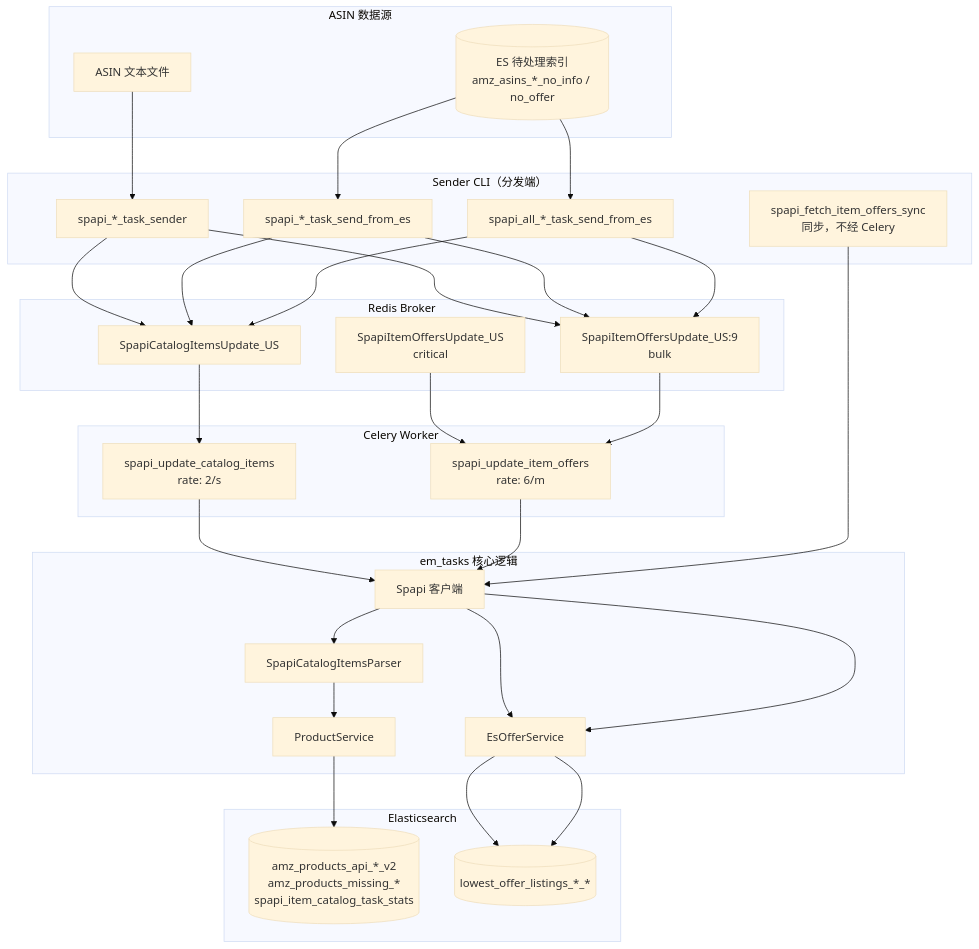
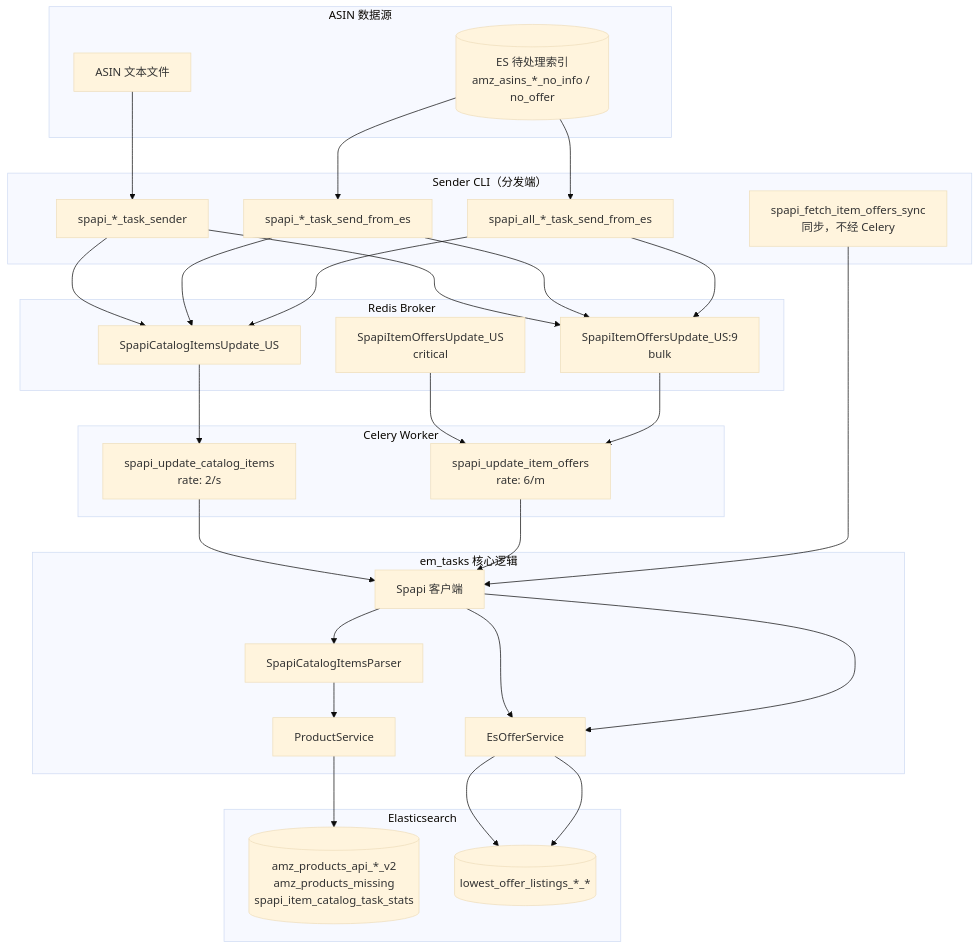
One commit to AriseshineSky/em-spapi-celery changed the first of 9 diagrams in docs/TECHNICAL.md. Above: the diagram before and after it, drawn with Mermaid (base theme). The commit also changed other lines of this file and 3 other files, not shown here.

````diff
--- a/docs/TECHNICAL.md
+++ b/docs/TECHNICAL.md
@@ -44,49 +44,49 @@
 ```mermaid
 flowchart TB
     subgraph Sources["ASIN 数据源"]
         F[ASIN 文本文件]
         ES_IN[(ES 待处理索引<br/>amz_asins_*_no_info / no_offer)]
     end
 
     subgraph Senders["Sender CLI（分发端）"]
         S_FILE[spapi_*_task_sender]
         S_ES[spapi_*_task_send_from_es]
         S_ALL[spapi_all_*_task_send_from_es]
         S_SYNC[spapi_fetch_item_offers_sync<br/>同步，不经 Celery]
     end
 
     subgraph Broker["Redis Broker"]
         Q_CAT[SpapiCatalogItemsUpdate_US]
         Q_OFF0[SpapiItemOffersUpdate_US<br/>critical]
         Q_OFF9[SpapiItemOffersUpdate_US:9<br/>bulk]
     end
 
     subgraph Worker["Celery Worker"]
         T_CAT[spapi_update_catalog_items<br/>rate: 2/s]
         T_OFF[spapi_update_item_offers<br/>rate: 6/m]
     end
 
     subgraph Core["em_tasks 核心逻辑"]
         SPAPI[Spapi 客户端]
         PARSER[SpapiCatalogItemsParser]
         PS[ProductService]
         OS[EsOfferService]
     end
 
     subgraph Storage["Elasticsearch"]
-        ES_CAT[(amz_products_api_*_v2<br/>amz_products_missing_*<br/>spapi_item_catalog_task_stats)]
+        ES_CAT[(amz_products_api_*_v2<br/>amz_products_missing<br/>spapi_item_catalog_task_stats)]
         ES_OFF[(lowest_offer_listings_*_*)]
     end
 
     F --> S_FILE
     ES_IN --> S_ES
     ES_IN --> S_ALL
     S_FILE --> Q_CAT & Q_OFF9
     S_ES --> Q_CAT & Q_OFF9
     S_ALL --> Q_CAT & Q_OFF9
     Q_CAT --> T_CAT
     Q_OFF0 & Q_OFF9 --> T_OFF
     T_CAT --> SPAPI --> PARSER --> PS --> ES_CAT
     T_OFF --> SPAPI --> OS --> ES_OFF
     S_SYNC --> SPAPI --> OS --> ES_OFF
 ```
````
